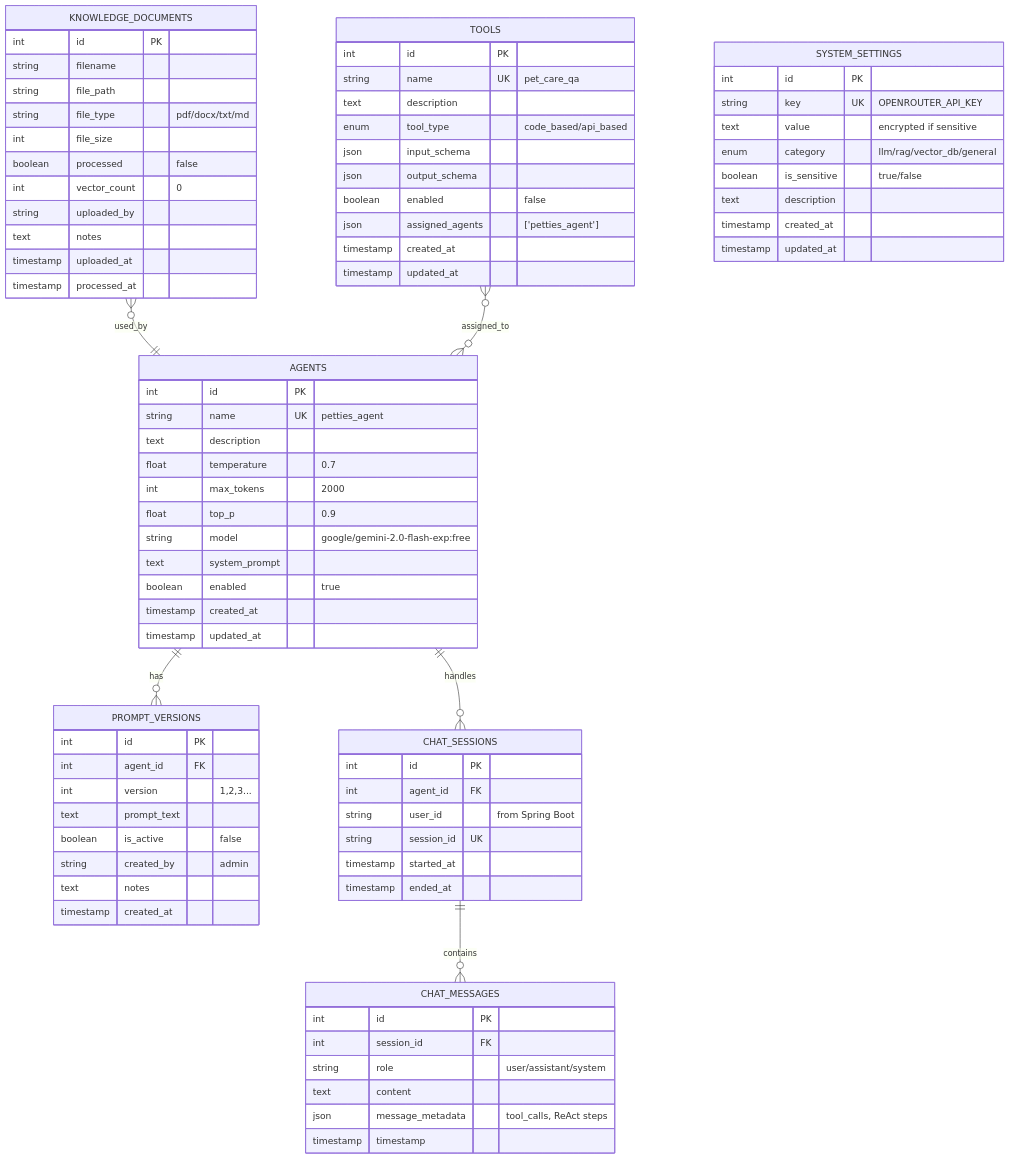
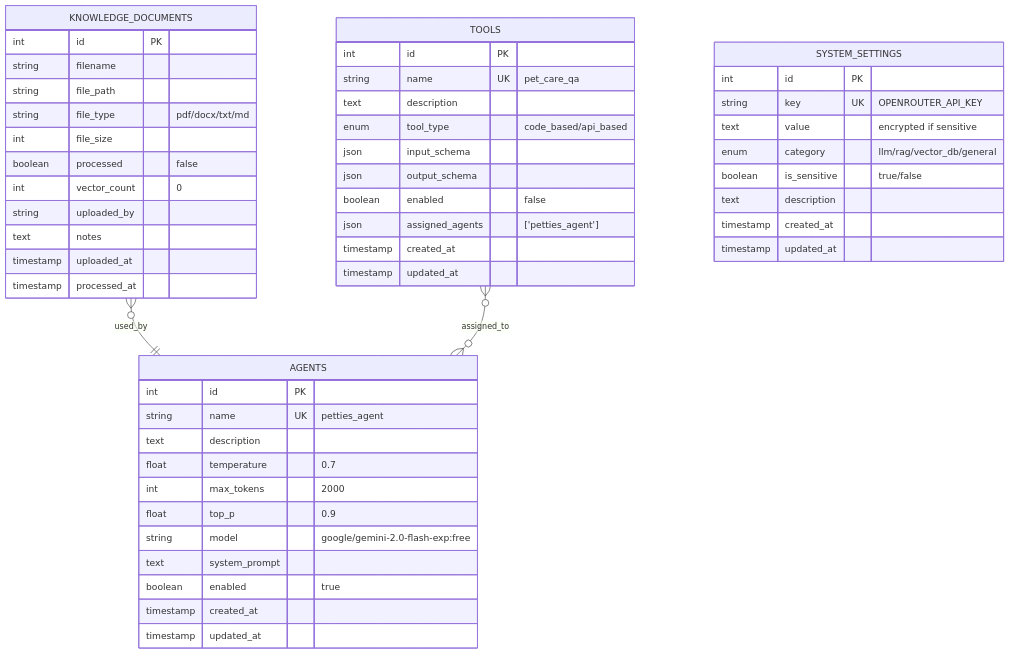
Before and after one commit to espresso23/Petties-Veterinary-Appointment-Booking-Platform: the ninth of 19 diagrams in docs-references/documentation/SDD/AI_AGENT_SERVICE_SDD.md, drawn with Mermaid. The commit also changed other lines of this file and 25 other files, not shown here.

````diff
--- a/docs-references/documentation/SDD/AI_AGENT_SERVICE_SDD.md
+++ b/docs-references/documentation/SDD/AI_AGENT_SERVICE_SDD.md
@@ -1001,8 +1001,5 @@
 ```mermaid
 erDiagram
-    AGENTS ||--o{ PROMPT_VERSIONS : has
-    AGENTS ||--o{ CHAT_SESSIONS : handles
-    CHAT_SESSIONS ||--o{ CHAT_MESSAGES : contains
     KNOWLEDGE_DOCUMENTS }o--|| AGENTS : "used_by"
     TOOLS }o--o{ AGENTS : "assigned_to"
 
@@ -1033,35 +1030,6 @@
         timestamp updated_at
     }
 
-    PROMPT_VERSIONS {
-        int id PK
-        int agent_id FK
-        int version "1,2,3..."
-        text prompt_text
-        boolean is_active "false"
-        string created_by "admin"
-        text notes
-        timestamp created_at
-    }
-
-    CHAT_SESSIONS {
-        int id PK
-        int agent_id FK
-        string user_id "from Spring Boot"
-        string session_id UK
-        timestamp started_at
-        timestamp ended_at
-    }
-
-    CHAT_MESSAGES {
-        int id PK
-        int session_id FK
-        string role "user/assistant/system"
-        text content
-        json message_metadata "tool_calls, ReAct steps"
-        timestamp timestamp
-    }
-
     KNOWLEDGE_DOCUMENTS {
         int id PK
         string filename
````
